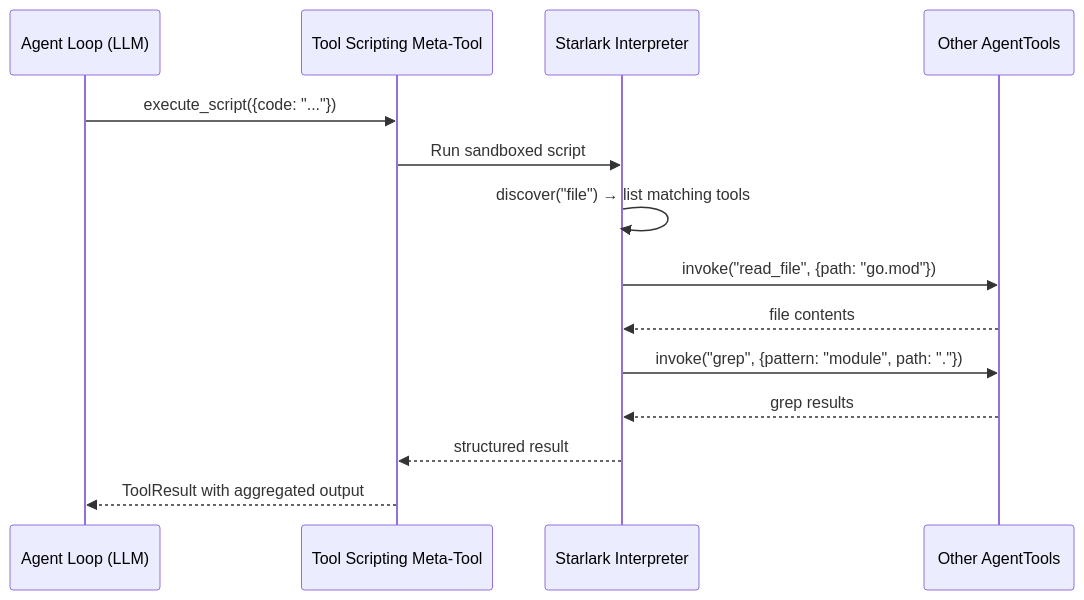
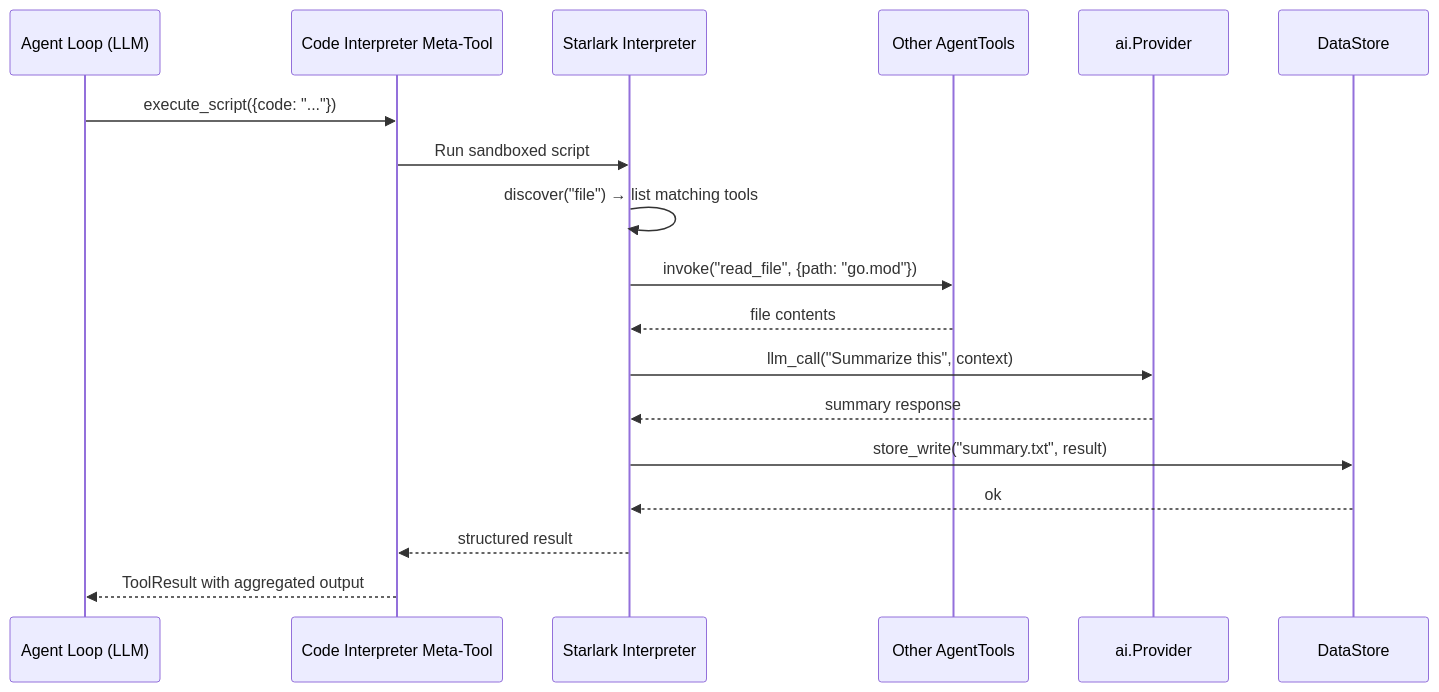
One commit to dcosson/flex-agent-runtime changed the fourth of 10 diagrams in docs/plans/00-architecture.md. Above: the diagram before and after it, drawn with Mermaid. The commit also changed other lines of this file and 9 other files, not shown here.

First line of the commit message:
Rewrite 07-tool-scripting as 07-code-interpreter with expanded capabilities

````diff
--- a/docs/plans/00-architecture.md
+++ b/docs/plans/00-architecture.md
@@ -414,17 +414,21 @@
 ```mermaid
 sequenceDiagram
     participant LLM as Agent Loop (LLM)
-    participant Script as Tool Scripting Meta-Tool
+    participant CI as Code Interpreter Meta-Tool
     participant Starlark as Starlark Interpreter
     participant Tools as Other AgentTools
+    participant Provider as ai.Provider
+    participant Store as DataStore
 
-    LLM->>Script: execute_script({code: "..."})
-    Script->>Starlark: Run sandboxed script
+    LLM->>CI: execute_script({code: "..."})
+    CI->>Starlark: Run sandboxed script
     Starlark->>Starlark: discover("file") → list matching tools
     Starlark->>Tools: invoke("read_file", {path: "go.mod"})
     Tools-->>Starlark: file contents
-    Starlark->>Tools: invoke("grep", {pattern: "module", path: "."})
-    Tools-->>Starlark: grep results
-    Starlark-->>Script: structured result
-    Script-->>LLM: ToolResult with aggregated output
+    Starlark->>Provider: llm_call("Summarize this", context)
+    Provider-->>Starlark: summary response
+    Starlark->>Store: store_write("summary.txt", result)
+    Store-->>Starlark: ok
+    Starlark-->>CI: structured result
+    CI-->>LLM: ToolResult with aggregated output
 ```
````
